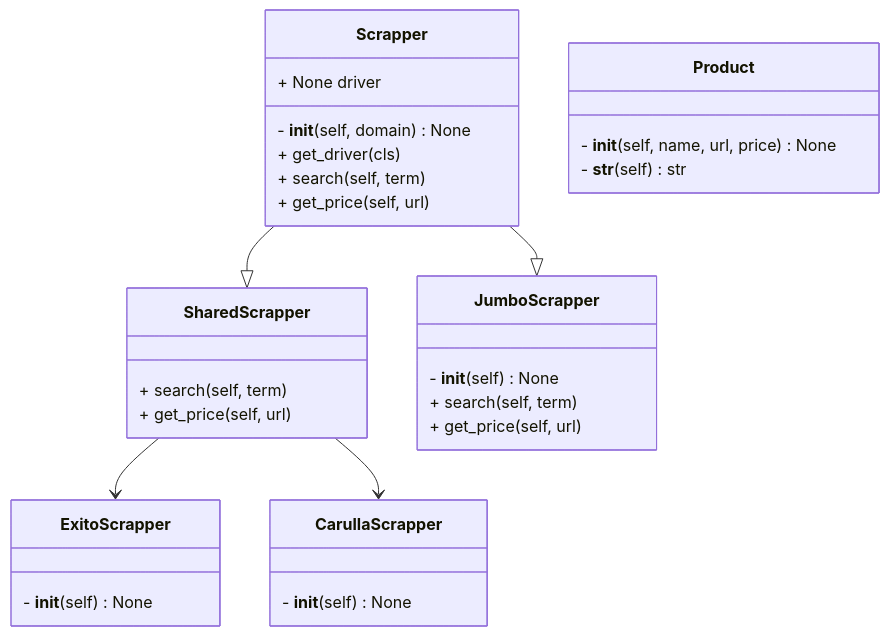
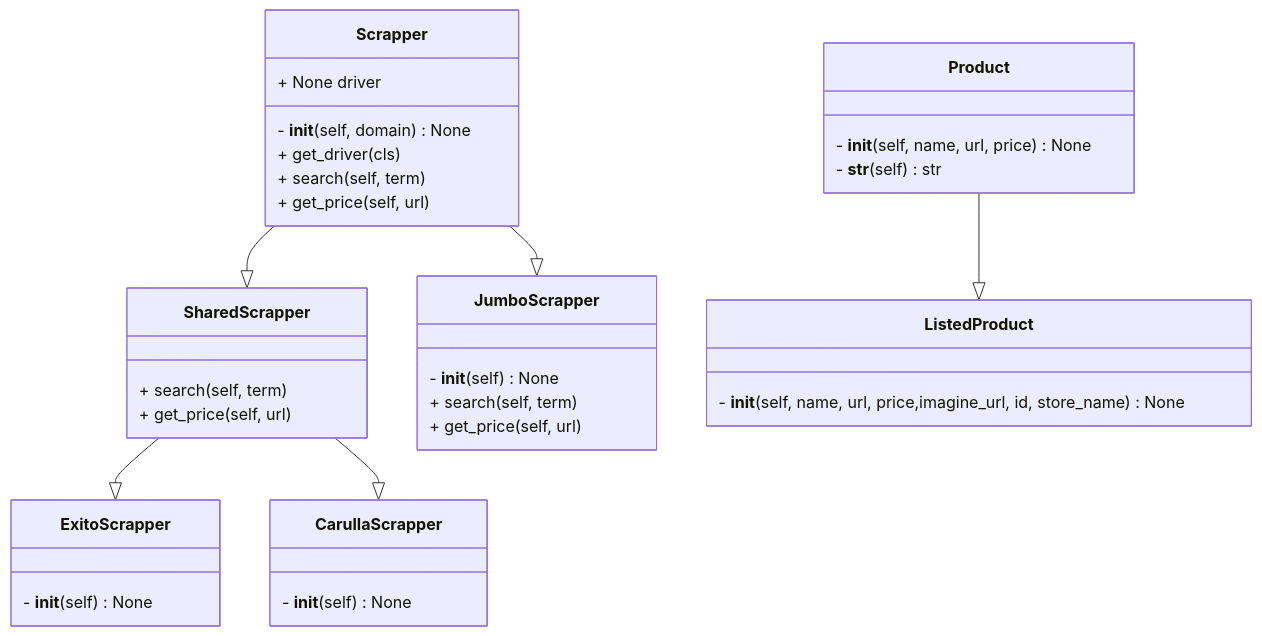
The diagram in README.md (forerosantiago/price-tracker), drawn with Mermaid before and after one commit.

````diff
--- a/README.md
+++ b/README.md
@@ -48,46 +48,50 @@
 ```mermaid
     classDiagram
         class Scrapper {
         - __init__(self, domain) None
         +  None driver
         +  get_driver(cls)
         +  search(self, term)
         +  get_price(self, url)
         }
         
        
 Scrapper --|> SharedScrapper
 Scrapper --|> JumboScrapper
 
     class SharedScrapper {
         +   search(self, term)
         +   get_price(self, url)
         }
 
         
-SharedScrapper --> ExitoScrapper
-SharedScrapper --> CarullaScrapper
+SharedScrapper --|> ExitoScrapper
+SharedScrapper --|> CarullaScrapper
 
 class ExitoScrapper {
         -   __init__(self) None
         }
 
         
 
 class CarullaScrapper {
         -   __init__(self) None
         }
 
        
 
         class JumboScrapper {
         -  __init__(self) None
         +  search(self, term)
         +  get_price(self, url)
         }
 
         class Product {
         -  __init__(self, name, url, price) None
         -  __str__(self) str
         }
+class ListedProduct{
+        - __init__(self, name, url, price,imagine_url, id, store_name) None
+        }
+Product --|> ListedProduct
 ```
````
